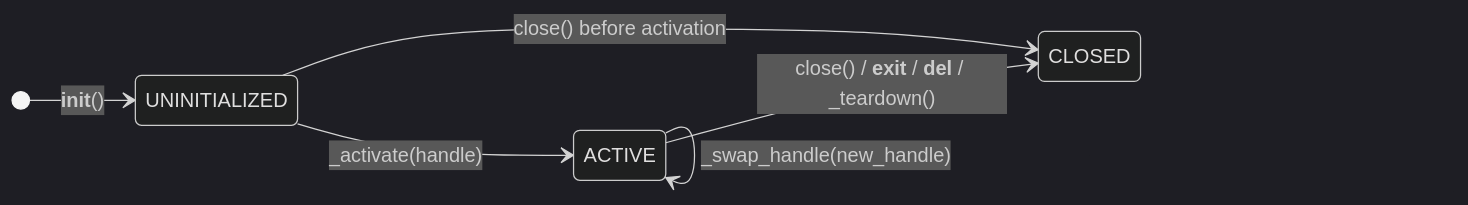
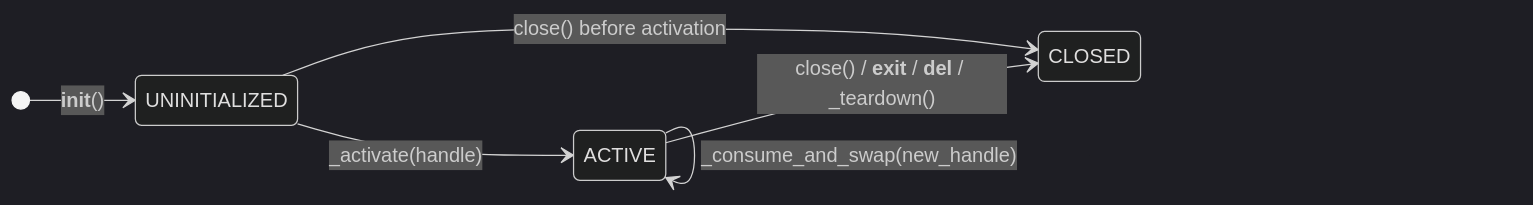
The third of 10 diagrams in docs/native-resources-management.md (contentauth/c2pa-python), drawn with Mermaid (dark theme) before and after one commit. The commit also changed other lines of this file and 3 other files, not shown here.

````diff
--- a/docs/native-resources-management.md
+++ b/docs/native-resources-management.md
@@ -336,9 +336,9 @@
 ```mermaid
 stateDiagram-v2
     direction LR
     [*] --> UNINITIALIZED : __init__()
     UNINITIALIZED --> ACTIVE : _activate(handle)
     UNINITIALIZED --> CLOSED : close() before activation
-    ACTIVE --> ACTIVE : _swap_handle(new_handle)
+    ACTIVE --> ACTIVE : _consume_and_swap(new_handle)
     ACTIVE --> CLOSED : close() / __exit__ / __del__ / _teardown()
 ```
````
